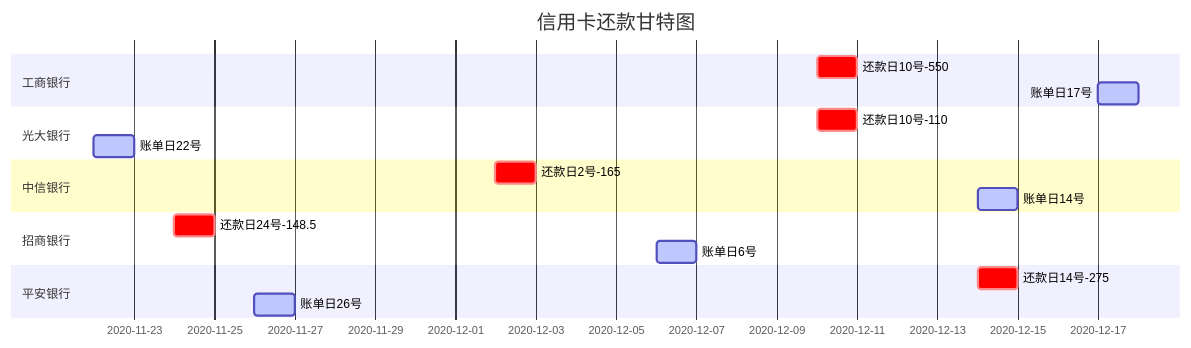
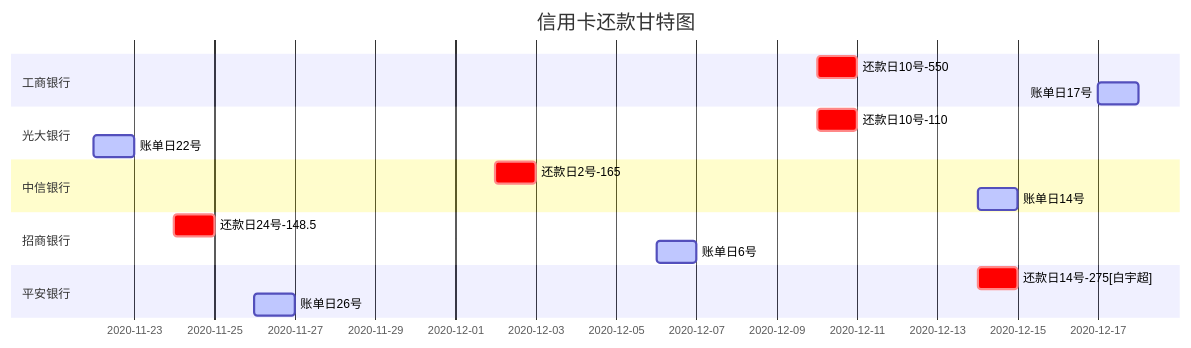
Before and after one commit to zhensolid/vscode_study: the diagram in 信用.md, drawn with Mermaid.

Commit message:
提交

````diff
--- a/信用.md
+++ b/信用.md
@@ -1,20 +1,20 @@
 ```mermaid
 gantt
 dateFormat YYYY-MM-DD
 title 信用卡还款甘特图
 section 工商银行
 还款日10号-550: crit, 2020-12-10 ,1d
 账单日17号: active, 2020-12-17 ,1d
 section 光大银行
 还款日10号-110: crit, 2020-12-10 ,1d
 账单日22号: active, 2020-11-22 ,1d
 section 中信银行
 还款日2号-165: crit, 2020-12-02 ,1d
 账单日14号: active, 2020-12-14 ,1d
 section 招商银行
 还款日24号-148.5: crit, 2020-11-24 ,1d
 账单日6号: active, 2020-12-06 ,1d
 section 平安银行
-还款日14号-275: crit, 2020-12-14 ,1d
+还款日14号-275[白宇超]: crit, 2020-12-14 ,1d
 账单日26号: active, 2020-11-26 ,1d
 ```
````
